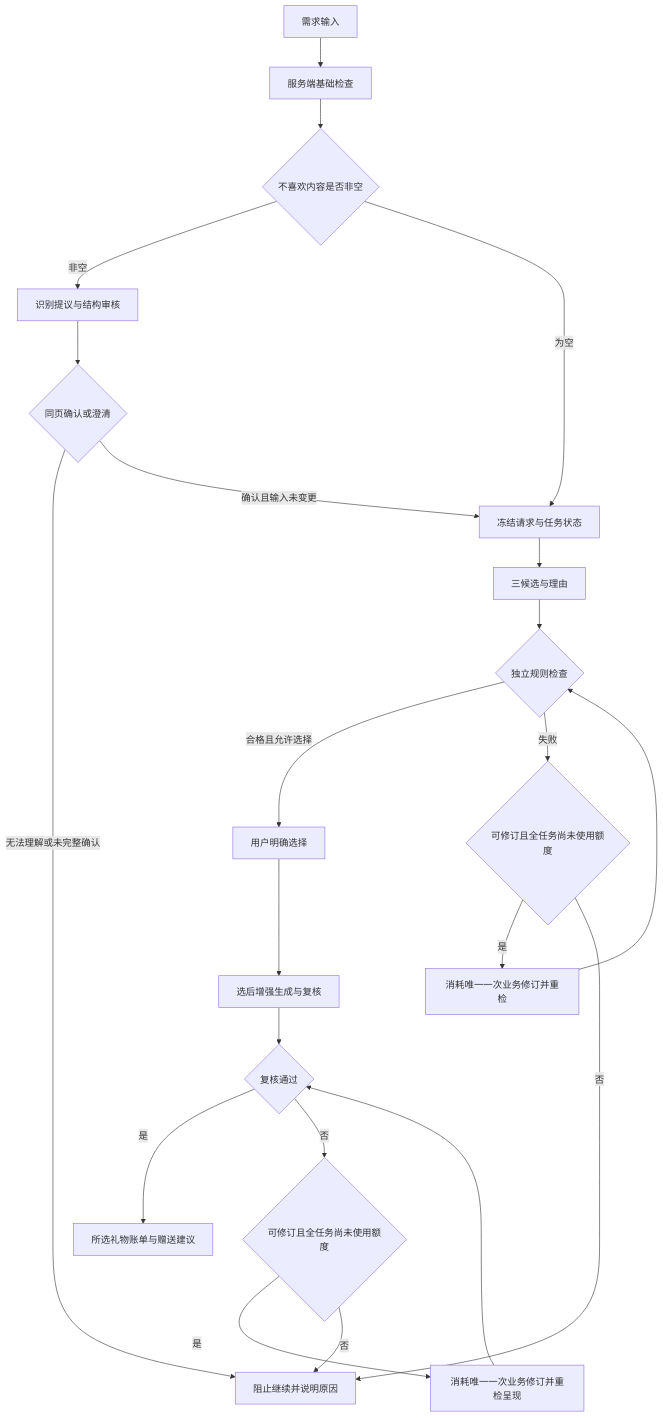
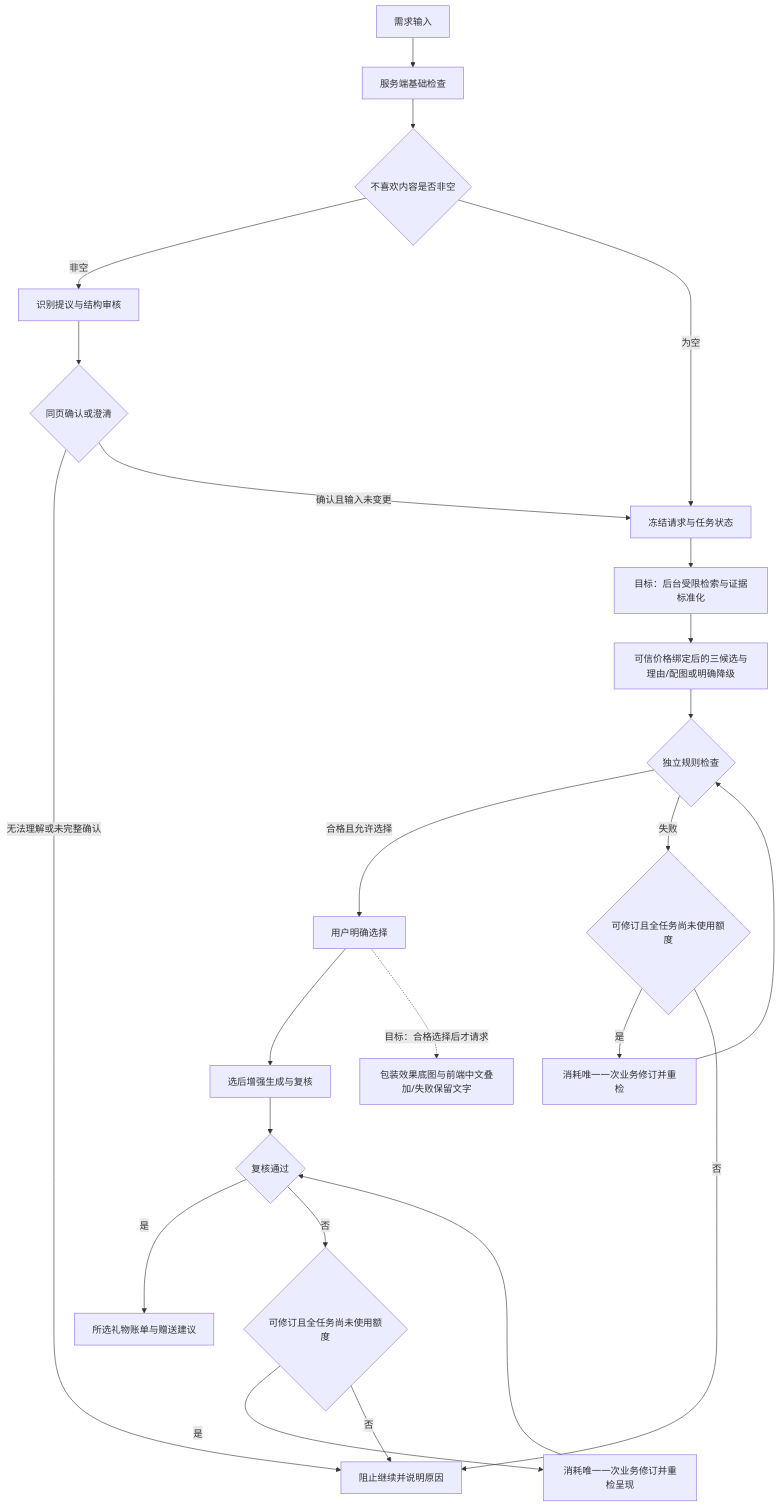
Before and after one commit to sunnyyang0822-stack/GiftWise-AI: the diagram in docs/competition/赛道B技术交付总文档.md, drawn with Mermaid. The commit also changed other lines of this file and 12 other files, not shown here.

Commit message:
docs: 同步后台检索与候选配图方案的取舍和验证边界

````diff
--- a/docs/competition/赛道B技术交付总文档.md
+++ b/docs/competition/赛道B技术交付总文档.md
@@ -81,24 +125,26 @@
 ```mermaid
 flowchart TD
   U[需求输入] --> S[服务端基础检查]
   S --> D{不喜欢内容是否非空}
   D -->|非空| E[识别提议与结构审核]
   E --> C{同页确认或澄清}
   C -->|无法理解或未完整确认| STOP[阻止继续并说明原因]
   C -->|确认且输入未变更| F[冻结请求与任务状态]
   D -->|为空| F
-  F --> G[三候选与理由]
+  F --> T[目标：后台受限检索与证据标准化]
+  T --> G[可信价格绑定后的三候选与理由/配图或明确降级]
   G --> V{独立规则检查}
   V -->|合格且允许选择| A[用户明确选择]
   V -->|失败| Q{可修订且全任务尚未使用额度}
   Q -->|是| R[消耗唯一一次业务修订并重检]
   R --> V
   Q -->|否| STOP
   A --> P[选后增强生成与复核]
+  A -. 目标：合格选择后才请求 .-> IMG[包装效果底图与前端中文叠加/失败保留文字]
   P --> B{复核通过}
   B -->|是| BILL[所选礼物账单与赠送建议]
   B -->|否| PR{可修订且全任务尚未使用额度}
   PR -->|是| FIX[消耗唯一一次业务修订并重检呈现]
   FIX --> B
   PR -->|否| STOP
 ```
````
